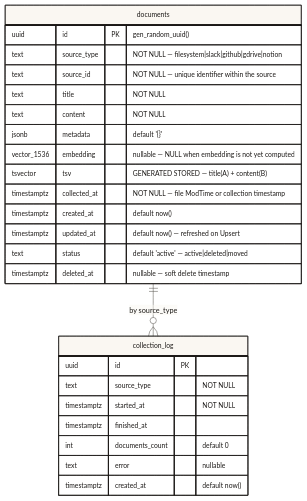
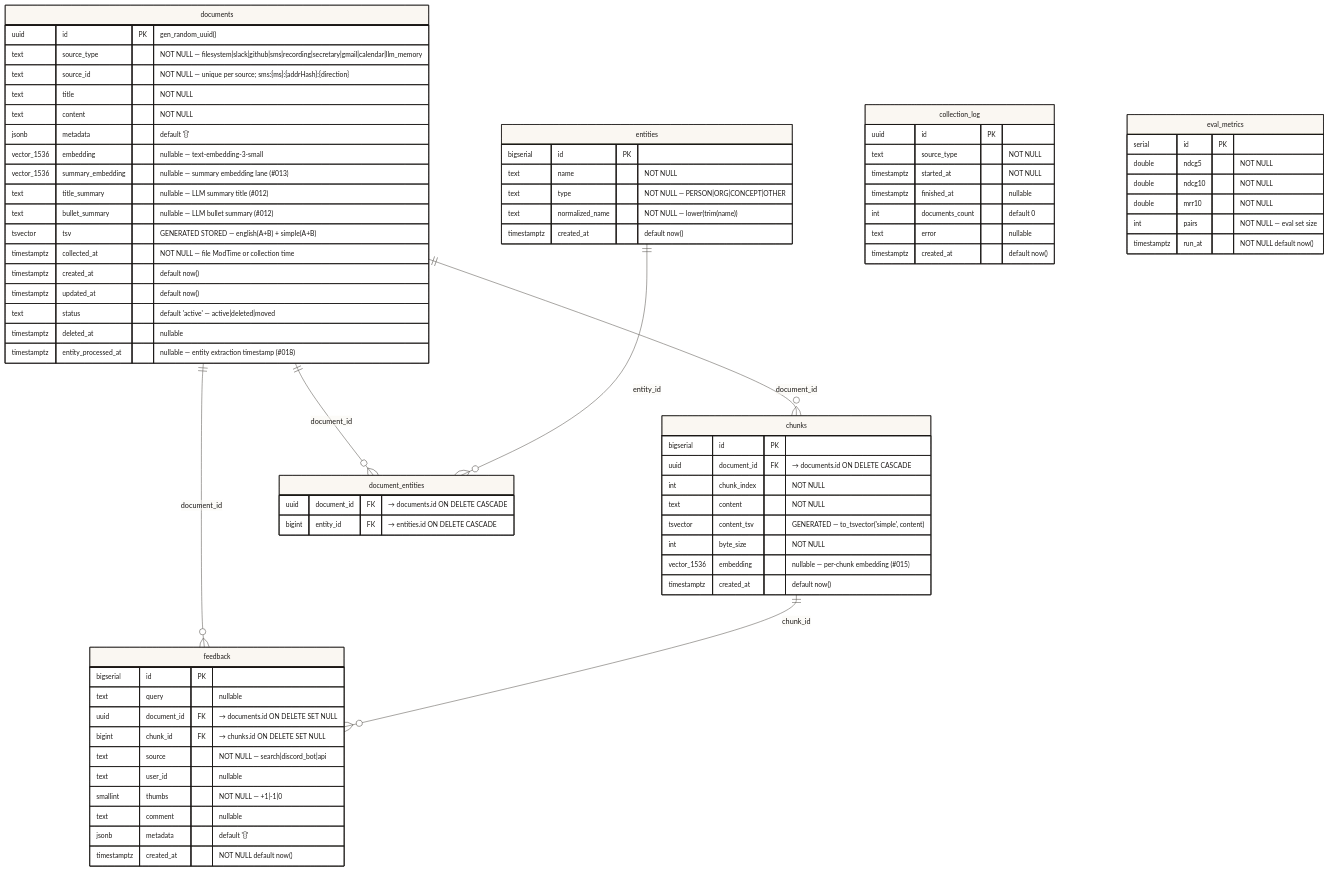
One commit to baekenough/second-brain changed the third of 6 diagrams in ARCHITECTURE.en.md. Above: the diagram before and after it, drawn with Mermaid. The commit also changed other lines of this file and 3 other files, not shown here.

First line of the commit message:
docs: update README + ARCHITECTURE to v0.20.4

````diff
--- a/ARCHITECTURE.en.md
+++ b/ARCHITECTURE.en.md
@@ -247,29 +250,83 @@
 erDiagram
     documents {
         uuid id PK "gen_random_uuid()"
-        text source_type "NOT NULL — filesystem|slack|github|gdrive|notion"
-        text source_id "NOT NULL — unique identifier within the source"
+        text source_type "NOT NULL — filesystem|slack|github|sms|recording|secretary|gmail|calendar|llm_memory"
+        text source_id "NOT NULL — unique per source; sms:{ms}:{addrHash}:{direction}"
         text title "NOT NULL"
         text content "NOT NULL"
         jsonb metadata "default '{}'"
-        vector_1536 embedding "nullable — NULL when embedding is not yet computed"
-        tsvector tsv "GENERATED STORED — title(A) + content(B)"
-        timestamptz collected_at "NOT NULL — file ModTime or collection timestamp"
+        vector_1536 embedding "nullable — text-embedding-3-small"
+        vector_1536 summary_embedding "nullable — summary embedding lane (#013)"
+        text title_summary "nullable — LLM summary title (#012)"
+        text bullet_summary "nullable — LLM bullet summary (#012)"
+        tsvector tsv "GENERATED STORED — english(A+B) + simple(A+B)"
+        timestamptz collected_at "NOT NULL — file ModTime or collection time"
         timestamptz created_at "default now()"
-        timestamptz updated_at "default now() — refreshed on Upsert"
+        timestamptz updated_at "default now()"
         text status "default 'active' — active|deleted|moved"
-        timestamptz deleted_at "nullable — soft delete timestamp"
+        timestamptz deleted_at "nullable"
+        timestamptz entity_processed_at "nullable — entity extraction timestamp (#018)"
+    }
+
+    chunks {
+        bigserial id PK
+        uuid document_id FK "→ documents.id ON DELETE CASCADE"
+        int chunk_index "NOT NULL"
+        text content "NOT NULL"
+        tsvector content_tsv "GENERATED — to_tsvector('simple', content)"
+        int byte_size "NOT NULL"
+        vector_1536 embedding "nullable — per-chunk embedding (#015)"
+        timestamptz created_at "default now()"
+    }
+
+    entities {
+        bigserial id PK
+        text name "NOT NULL"
+        text type "NOT NULL — PERSON|ORG|CONCEPT|OTHER"
+        text normalized_name "NOT NULL — lower(trim(name))"
+        timestamptz created_at "default now()"
+    }
+
+    document_entities {
+        uuid document_id FK "→ documents.id ON DELETE CASCADE"
+        bigint entity_id FK "→ entities.id ON DELETE CASCADE"
     }
 
     collection_log {
         uuid id PK
         text source_type "NOT NULL"
         timestamptz started_at "NOT NULL"
-        timestamptz finished_at
+        timestamptz finished_at "nullable"
         int documents_count "default 0"
         text error "nullable"
         timestamptz created_at "default now()"
     }
 
-    documents ||--o{ collection_log : "by source_type"
+    feedback {
+        bigserial id PK
+        text query "nullable"
+        uuid document_id FK "→ documents.id ON DELETE SET NULL"
+        bigint chunk_id FK "→ chunks.id ON DELETE SET NULL"
+        text source "NOT NULL — search|discord_bot|api"
+        text user_id "nullable"
+        smallint thumbs "NOT NULL — +1|-1|0"
+        text comment "nullable"
+        jsonb metadata "default '{}'"
+        timestamptz created_at "NOT NULL default now()"
+    }
+
+    eval_metrics {
+        serial id PK
+        double ndcg5 "NOT NULL"
+        double ndcg10 "NOT NULL"
+        double mrr10 "NOT NULL"
+        int pairs "NOT NULL — eval set size"
+        timestamptz run_at "NOT NULL default now()"
+    }
+
+    documents ||--o{ chunks : "document_id"
+    documents ||--o{ document_entities : "document_id"
+    entities ||--o{ document_entities : "entity_id"
+    documents ||--o{ feedback : "document_id"
+    chunks ||--o{ feedback : "chunk_id"
 ```
````
